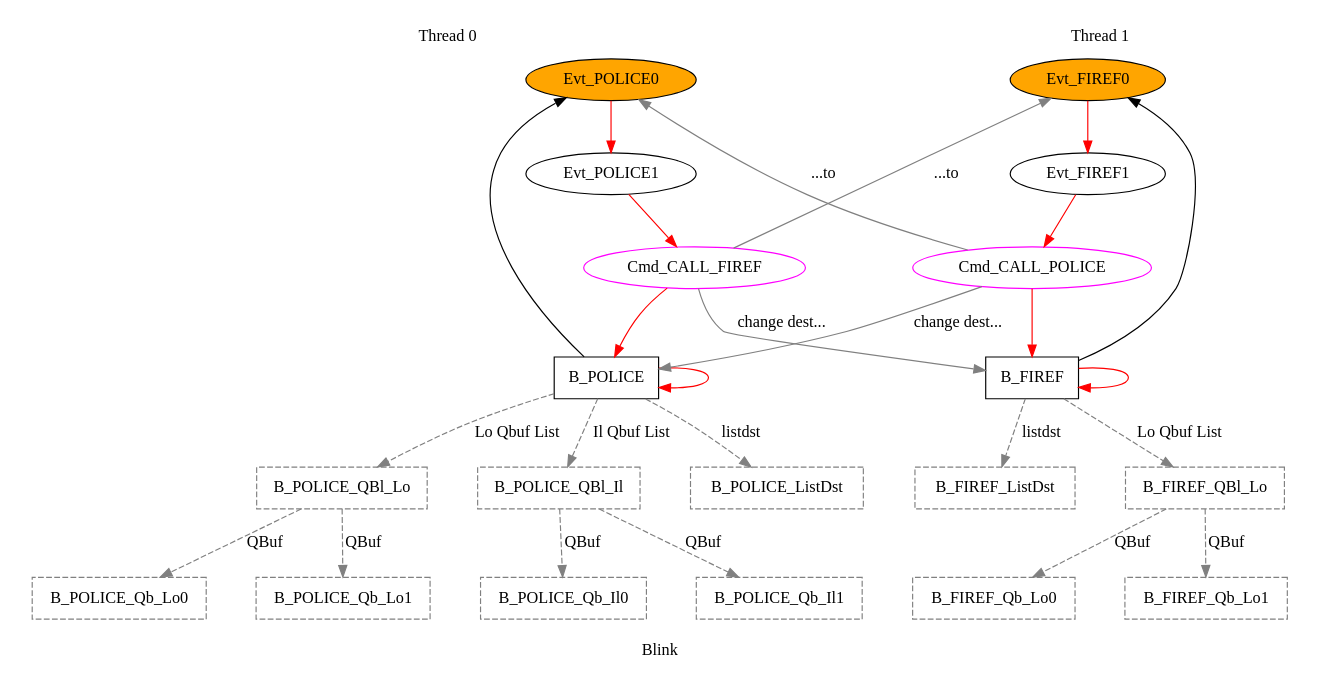
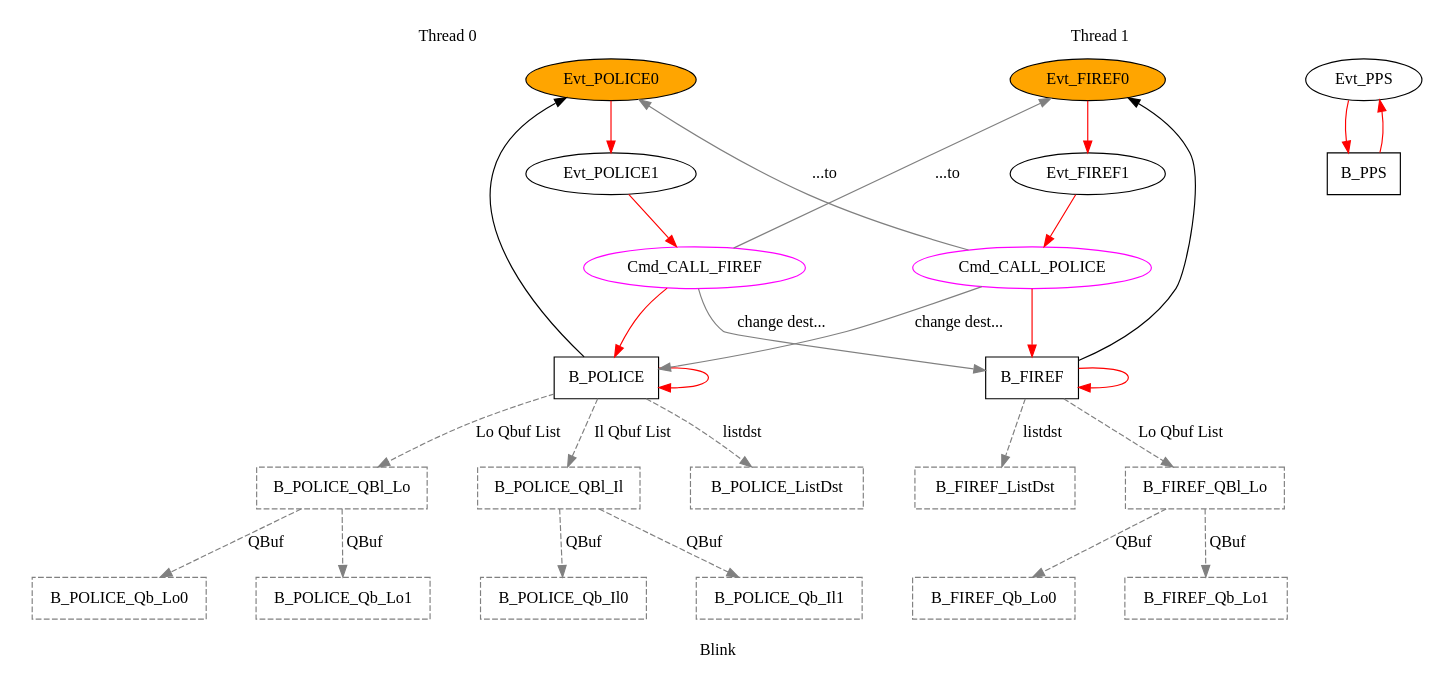
Before and after one commit to GSI-CS-CO/bel_projects: the diagram in modules/ftm/ftmx86/blink.dot, drawn with Graphviz. The commit also changed 9 other files, not shown here.

```diff
--- a/modules/ftm/ftmx86/blink.dot
+++ b/modules/ftm/ftmx86/blink.dot
@@ -1,70 +1,73 @@
 digraph G {
 name = "blink2";
 graph [label="Blink", root="Evt_POLICE",  rankdir=TB, nodesep=0.6, mindist=0.6, ranksep=0.6, overlap=false]
-node [type="TMsg", shape="rectangle",  style="filled", fillcolor="white", color="black"]
+node [type="TMsg", shape="rectangle",  style="filled", fillcolor="white", color="black", cpu=0]
 edge [type="defdst", color="red"]
 
 subgraph cluster_0 {
   color = "none";
 Evt_POLICE0        [type="TMsg",                tOffs=0, id="0x0000000000000110", par="0x123", shape="oval", fillcolor="orange"];
 Evt_POLICE1        [type="TMsg",                tOffs=500, id="0x0000000000000110", par="0x123", shape="oval"];
 Cmd_CALL_FIREF   [shape="oval",             tOffs=300, type="Flow", color="magenta", tValid=0, qty=1];
 B_POLICE          [type="Block",         tPeriod=2000000000];
 Evt_POLICE0 -> Evt_POLICE1 -> Cmd_CALL_FIREF -> B_POLICE -> B_POLICE;
 B_POLICE   -> Evt_POLICE0 [type="altdst", color="black"];
 
 B_POLICE_ListDst [type="ListDst", color="grey", style=dashed, flags=0];
 B_POLICE_QBl_Lo [type="QInfo", color="grey", style=dashed, flags=0];
 B_POLICE_Qb_Lo0 [type="QBuf", color="grey", style=dashed, flags=0];
 B_POLICE_Qb_Lo1 [type="QBuf", color="grey", style=dashed, flags=0];
 B_POLICE->B_POLICE_QBl_Lo [type="priolo", color="grey", style=dashed, label="Lo Qbuf List"];
 B_POLICE_QBl_Lo->B_POLICE_Qb_Lo0 [type="meta", color="grey", style=dashed, label="QBuf"];
 B_POLICE_QBl_Lo->B_POLICE_Qb_Lo1 [type="meta", color="grey", style=dashed, label="QBuf"];
 
 B_POLICE_QBl_Il [type="QInfo", color="grey", style=dashed, flags=0];
 B_POLICE_Qb_Il0 [type="QBuf", color="grey", style=dashed, flags=0];
 B_POLICE_Qb_Il1 [type="QBuf", color="grey", style=dashed, flags=0];
 B_POLICE->B_POLICE_QBl_Il [type="prioIl", color="grey", style=dashed, label="Il Qbuf List"];
 B_POLICE_QBl_Il->B_POLICE_Qb_Il0 [type="meta", color="grey", style=dashed, label="QBuf"];
 B_POLICE_QBl_Il->B_POLICE_Qb_Il1 [type="meta", color="grey", style=dashed, label="QBuf"];
 
 
 B_POLICE->B_POLICE_ListDst [type="listdst", color="grey", style=dashed, label="listdst"];
 
 
 label = "Thread 0"
 }
 
 subgraph cluster_1 {
 Evt_FIREF0         [type="TMsg",              tOffs=0, id="0x0000000000000112", par="0x0", shape="oval", fillcolor="orange"];
 Evt_FIREF1         [type="TMsg",              tOffs=0, id="0x0000000000000112", par="0x0", shape="oval"];
 Cmd_CALL_POLICE   [shape="oval",             tOffs=1000, type="Flow", color="magenta", tValid=0, qty=1];
 B_FIREF           [type="Block",         tPeriod=4000000000];
 Evt_FIREF0  -> Evt_FIREF1 -> Cmd_CALL_POLICE -> B_FIREF -> B_FIREF;
 B_FIREF   -> Evt_FIREF0 [type="altdst", color="black"];
 B_FIREF_ListDst [type="ListDst", color="grey", style=dashed, flags=0];
 B_FIREF_QBl_Lo [type="QInfo", color="grey", style=dashed, flags=0];
 B_FIREF_Qb_Lo0 [type="QBuf", color="grey", style=dashed, flags=0];
 B_FIREF_Qb_Lo1 [type="QBuf", color="grey", style=dashed, flags=0];
 B_FIREF->B_FIREF_QBl_Lo [type="priolo", color="grey", style=dashed, label="Lo Qbuf List"];
 B_FIREF_QBl_Lo->B_FIREF_Qb_Lo0 [type="meta", color="grey", style=dashed, label="QBuf"];
 B_FIREF_QBl_Lo->B_FIREF_Qb_Lo1 [type="meta", color="grey", style=dashed, label="QBuf"];
 B_FIREF->B_FIREF_ListDst [type="listdst", color="grey", style=dashed, label="listdst"];
 color = "none";
 label = "Thread 1"
 }
 
 Cmd_CALL_POLICE  -> B_POLICE [type="target", color="grey", label="change dest..."];
 Cmd_CALL_POLICE  -> Evt_POLICE0 [type="flowdst", color="grey", label="...to"];
 
 
 
 
 
 Cmd_CALL_FIREF  -> B_FIREF [type="target", color="grey", label="change dest..."];
 Cmd_CALL_FIREF  -> Evt_FIREF0 [type="flowdst", color="grey", label="...to"];
 
 
+Evt_PPS             [type="TMsg",         tOffs=          0,   id="0x0000000000000001", par="0x123", shape="oval", cpu="1"];
+B_PPS               [type="Block",      tPeriod=1000000000, cpu="1"];
 
+Evt_PPS -> B_PPS  -> Evt_PPS;
 
 }
```
